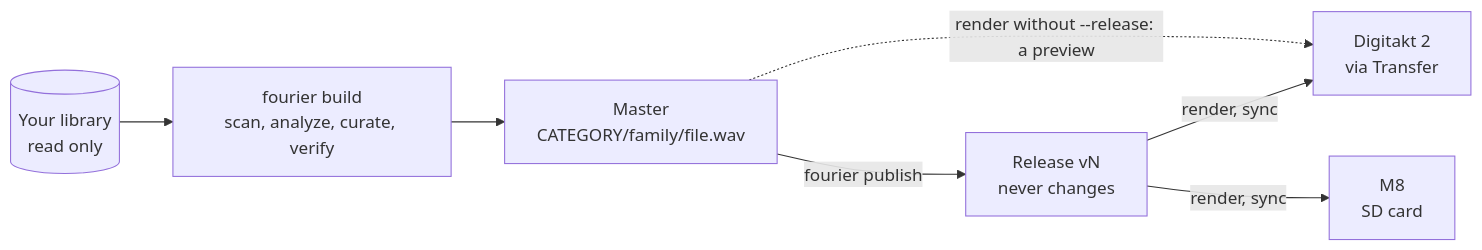
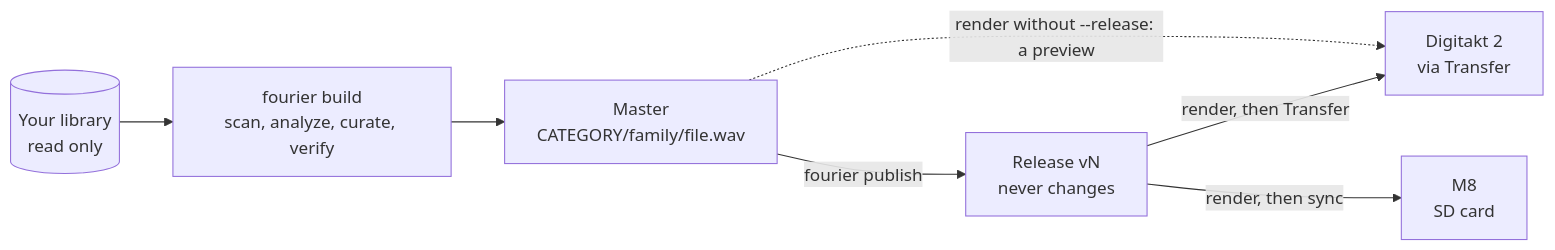
One commit to bvk7787/fourier-samples changed the diagram in README.md. Above: the diagram before and after it, drawn with Mermaid. The commit also changed other lines of this file and 10 other files, not shown here.

````diff
--- a/README.md
+++ b/README.md
@@ -151,13 +161,13 @@
 ```mermaid
 flowchart LR
     lib[("Your library<br/>read only")]
     build["fourier build<br/>scan, analyze, curate, verify"]
     master["Master<br/>CATEGORY/family/file.wav"]
     rel["Release vN<br/>never changes"]
     dt["Digitakt 2<br/>via Transfer"]
     m8["M8<br/>SD card"]
     lib --> build --> master -- "fourier publish" --> rel
-    rel -- "render, sync" --> dt
-    rel -- "render, sync" --> m8
+    rel -- "render, then Transfer" --> dt
+    rel -- "render, then sync" --> m8
     master -. "render without --release: a preview" .-> dt
 ```
````
